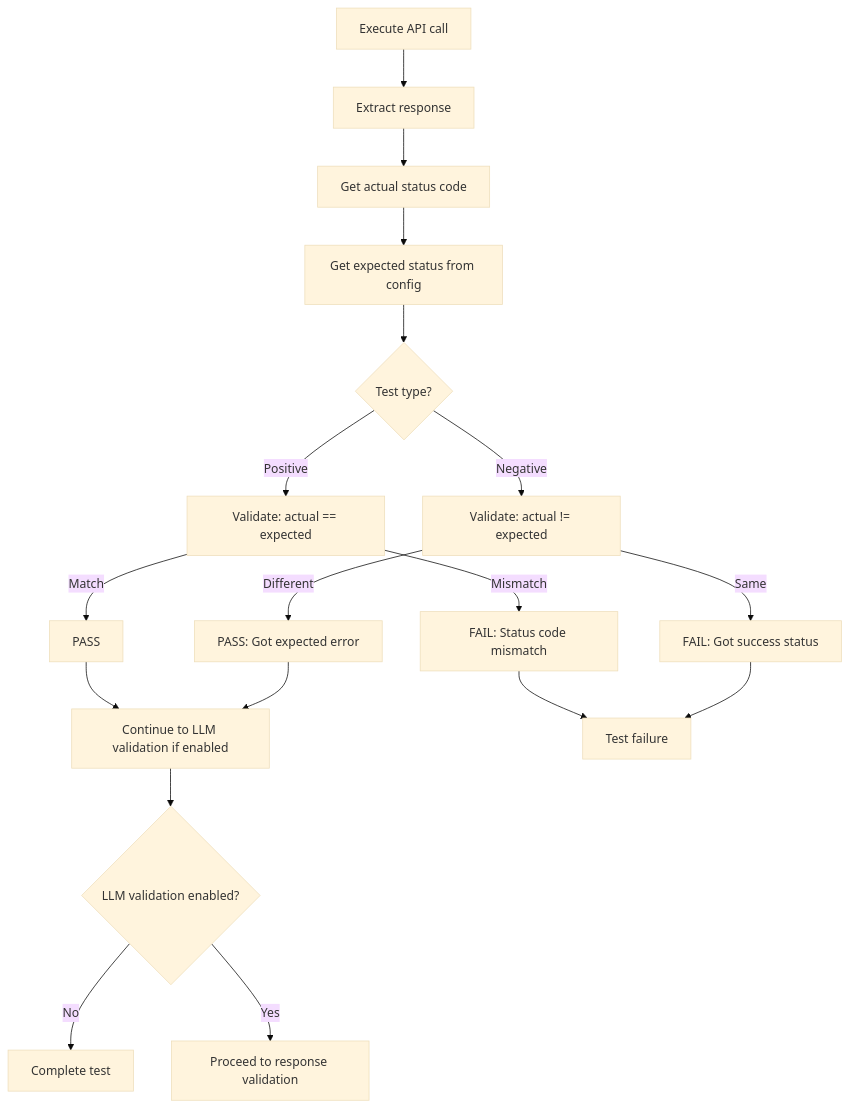
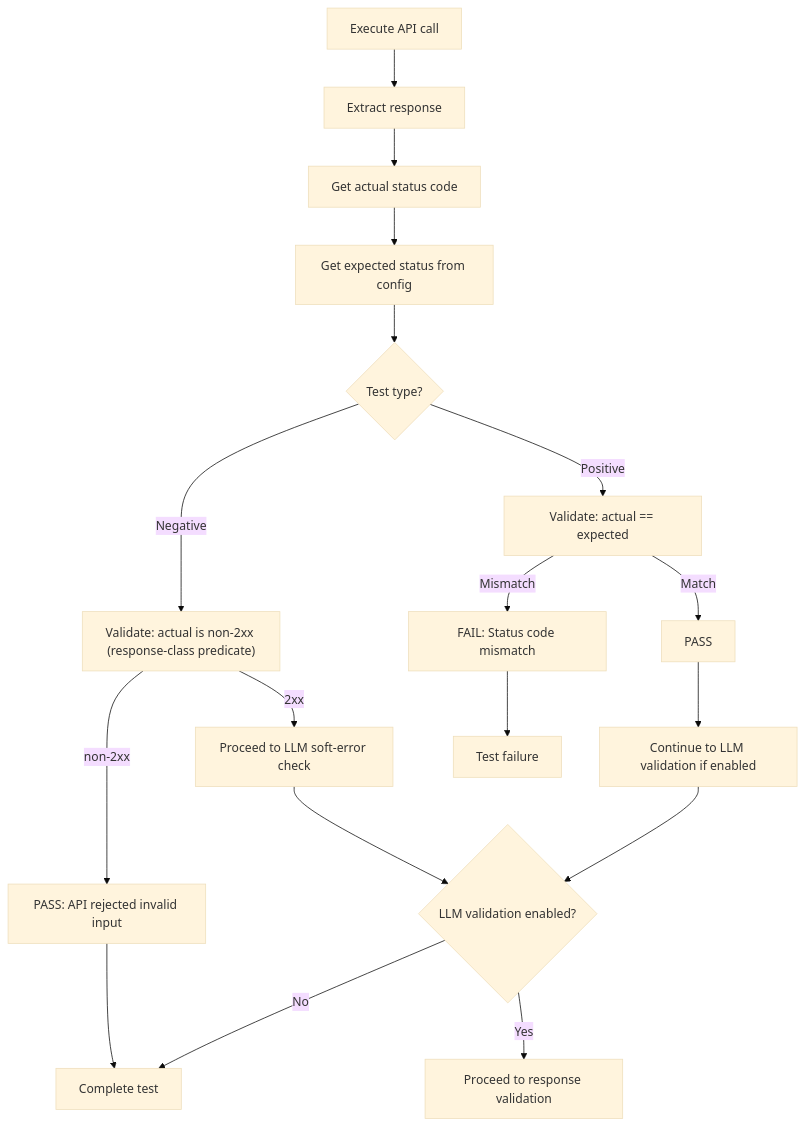
Diagram 19 of 23 in src/main/resources/My-Example/trainticket/flow.md (miaoti/Rest), drawn with Mermaid (base theme) before and after one commit. The commit also changed other lines of this file and 189 other files, not shown here.

````diff
--- a/src/main/resources/My-Example/trainticket/flow.md
+++ b/src/main/resources/My-Example/trainticket/flow.md
@@ -884,20 +886,20 @@
 ```mermaid
 flowchart TD
     A[Execute API call] --> B[Extract response]
     B --> C[Get actual status code]
     C --> D[Get expected status from config]
     D --> E{Test type?}
     E -->|Positive| F[Validate: actual == expected]
-    E -->|Negative| G[Validate: actual != expected]
+    E -->|Negative| G["Validate: actual is non-2xx (response-class predicate)"]
     F -->|Match| H[PASS]
     F -->|Mismatch| I[FAIL: Status code mismatch]
-    G -->|Different| J[PASS: Got expected error]
-    G -->|Same| K[FAIL: Got success status]
+    G -->|"non-2xx"| J[PASS: API rejected invalid input]
+    G -->|"2xx"| K[Proceed to LLM soft-error check]
     H --> L[Continue to LLM validation if enabled]
-    J --> L
+    J --> O[Complete test]
     I --> M[Test failure]
-    K --> M
-    L --> N{LLM validation enabled?}
+    K --> N{LLM validation enabled?}
+    L --> N
     N -->|No| O[Complete test]
     N -->|Yes| P[Proceed to response validation]
 ```
````
